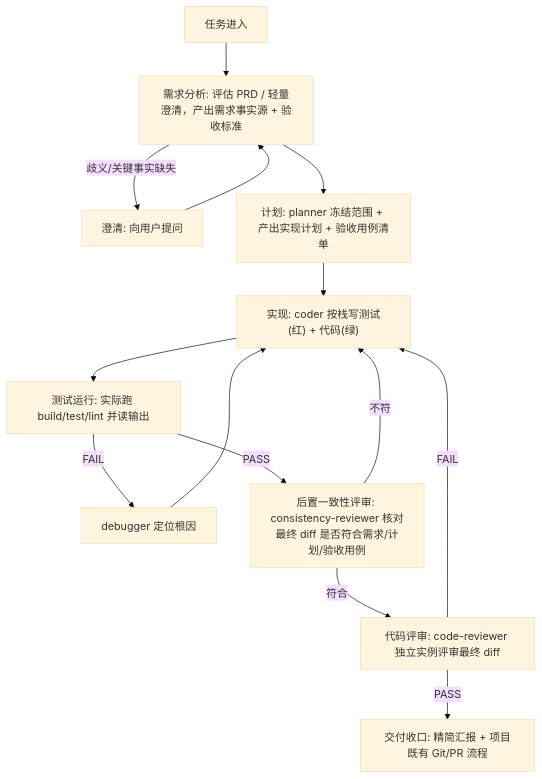
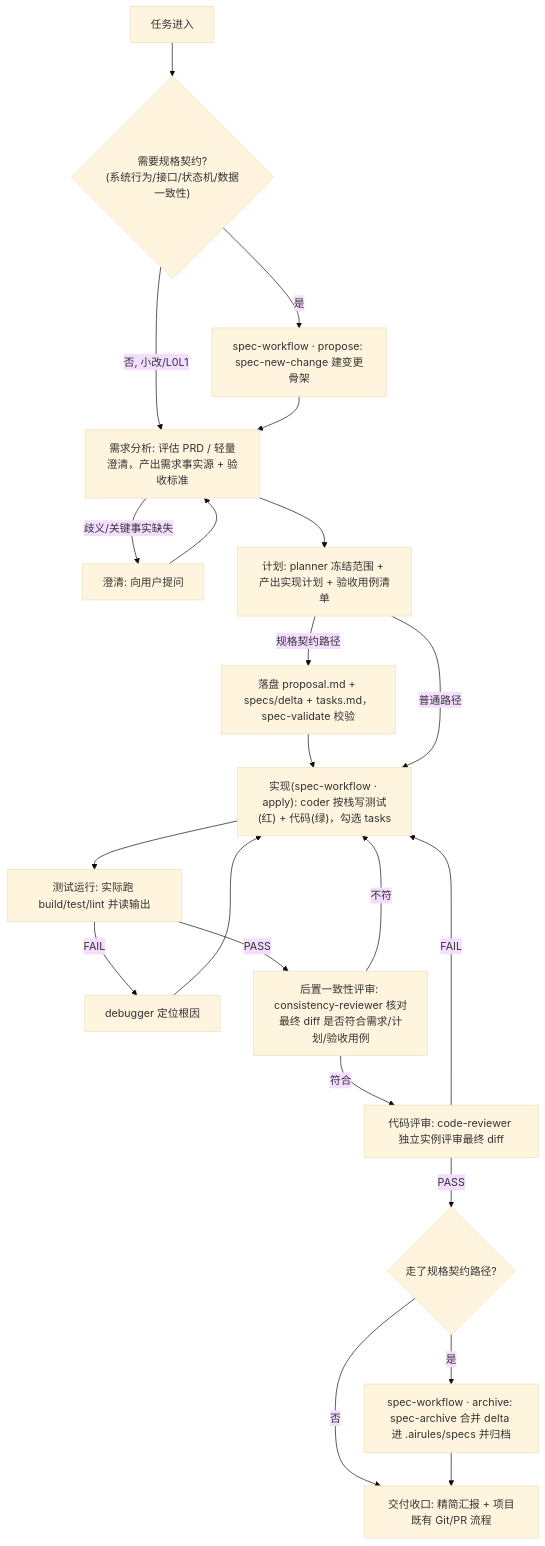
One commit to moluoxixi/AIRules changed the first of 2 diagrams in rules/AGENTS.md. Above: the diagram before and after it, drawn with Mermaid (base theme). The commit also changed other lines of this file and 21 other files, not shown here.

````diff
--- a/rules/AGENTS.md
+++ b/rules/AGENTS.md
@@ -7,14 +7,24 @@
 ```mermaid
 flowchart TD
-  Intake["任务进入"] --> Req["需求分析: 评估 PRD / 轻量澄清，产出需求事实源 + 验收标准"]
+  Intake["任务进入"] --> Gate{"需要规格契约?<br/>(系统行为/接口/状态机/数据一致性)"}
+  Gate -->|否, 小改/L0L1| Req
+  Gate -->|是| Propose["spec-workflow · propose: spec-new-change 建变更骨架"]
+  Propose --> Req
+
+  Req["需求分析: 评估 PRD / 轻量澄清，产出需求事实源 + 验收标准"]
   Req -->|歧义/关键事实缺失| Clarify["澄清: 向用户提问"] --> Req
   Req --> Plan["计划: planner 冻结范围 + 产出实现计划 + 验收用例清单"]
-  Plan --> Code["实现: coder 按栈写测试(红) + 代码(绿)"]
+  Plan -->|规格契约路径| Spec["落盘 proposal.md + specs/delta + tasks.md，spec-validate 校验"]
+  Spec --> Code
+  Plan -->|普通路径| Code["实现(spec-workflow · apply): coder 按栈写测试(红) + 代码(绿)，勾选 tasks"]
   Code --> Test["测试运行: 实际跑 build/test/lint 并读输出"]
   Test -->|FAIL| Debug["debugger 定位根因"] --> Code
   Test -->|PASS| Consist["后置一致性评审: consistency-reviewer 核对最终 diff 是否符合需求/计划/验收用例"]
   Consist -->|不符| Code
   Consist -->|符合| Review["代码评审: code-reviewer 独立实例评审最终 diff"]
   Review -->|FAIL| Code
-  Review -->|PASS| Done["交付收口: 精简汇报 + 项目既有 Git/PR 流程"]
+  Review -->|PASS| Archive{"走了规格契约路径?"}
+  Archive -->|是| DoArchive["spec-workflow · archive: spec-archive 合并 delta 进 .airules/specs 并归档"]
+  Archive -->|否| Done
+  DoArchive --> Done["交付收口: 精简汇报 + 项目既有 Git/PR 流程"]
 ```
````
